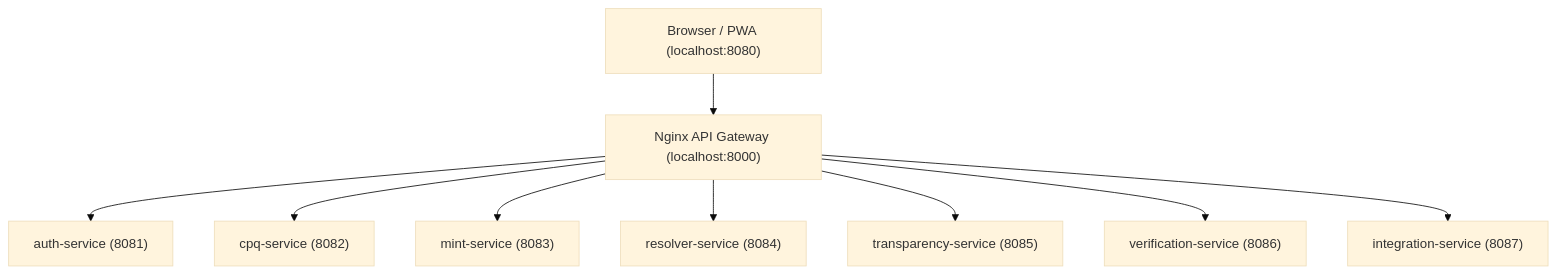
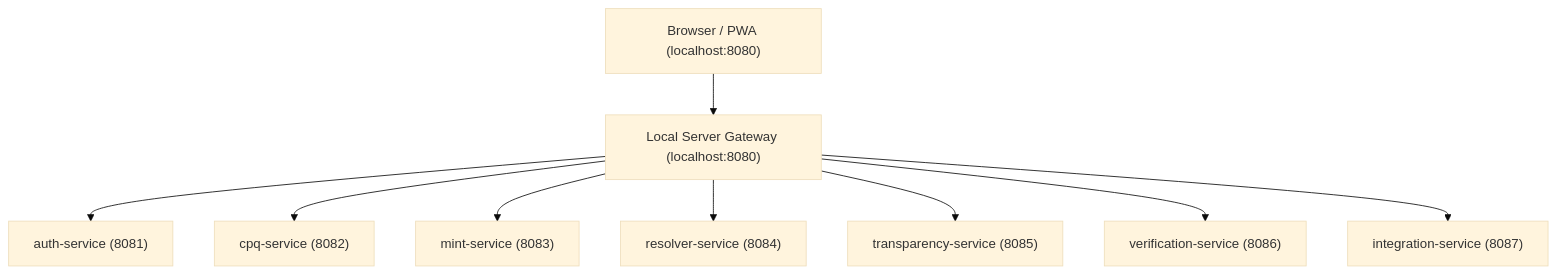
The diagram in README.md (Nandu1729/CapMint), drawn with Mermaid (base theme) before and after one commit. The commit also changed other lines of this file and 11 other files, not shown here.

Commit message:
docs(project): update README, progress logs, roadmaps, and cleanup gitkeeps

````diff
--- a/README.md
+++ b/README.md
@@ -13,11 +13,11 @@
 ```mermaid
 graph TD
-    Client["Browser / PWA (localhost:8080)"] --> Gateway["Nginx API Gateway (localhost:8000)"]
+    Client["Browser / PWA (localhost:8080)"] --> Gateway["Local Server Gateway (localhost:8080)"]
     Gateway --> Auth["auth-service (8081)"]
     Gateway --> CPQ["cpq-service (8082)"]
     Gateway --> Mint["mint-service (8083)"]
     Gateway --> Resolver["resolver-service (8084)"]
     Gateway --> Transparency["transparency-service (8085)"]
     Gateway --> Verification["verification-service (8086)"]
     Gateway --> Integration["integration-service (8087)"]
 ```
````
